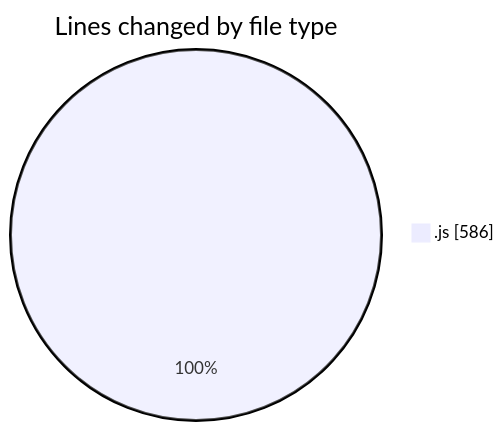
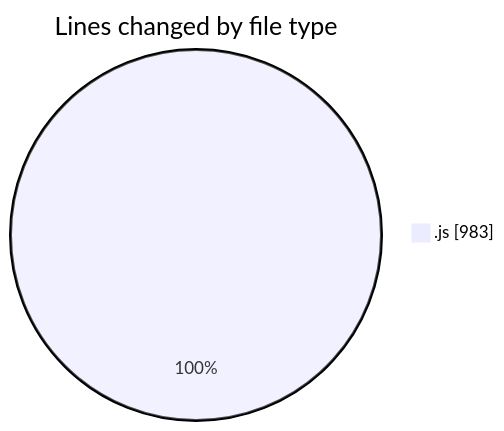
One commit to becaeroporto-bot/code-tracking changed the first of 2 diagrams in 2026-02-17/bot_v1_2/README.md. Above: the diagram before and after it, drawn with Mermaid. The commit also changed other lines of this file and 1 other file, not shown here.

````diff
--- a/2026-02-17/bot_v1_2/README.md
+++ b/2026-02-17/bot_v1_2/README.md
@@ -20,5 +20,5 @@
 ```mermaid
 pie showData
 title Lines changed by file type
-".js" : 586
+".js" : 983
 ```
````
